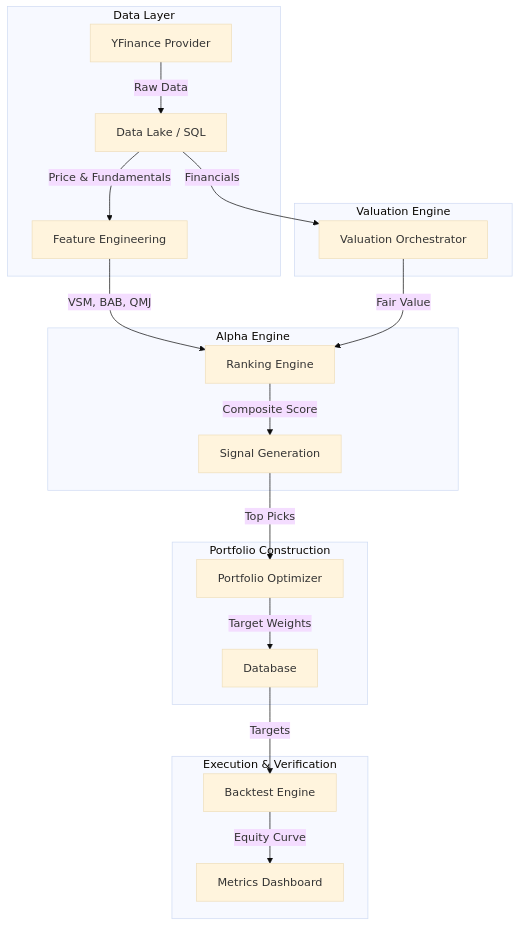
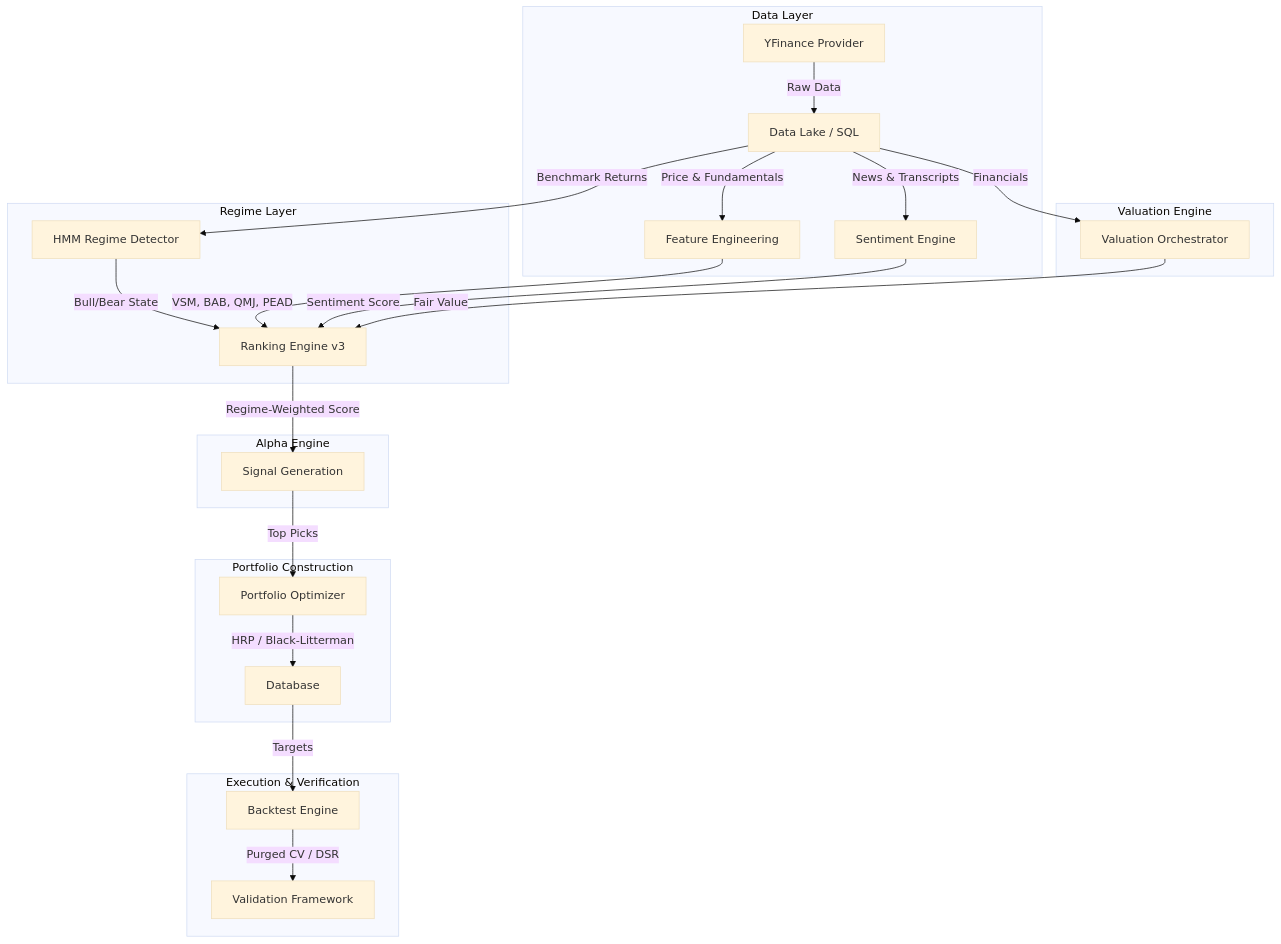
Before and after one commit to willychang21/alpha_quant: the diagram in backend/README.md, drawn with Mermaid (base theme). The commit also changed other lines of this file and 28 other files, not shown here.

````diff
--- a/backend/README.md
+++ b/backend/README.md
@@ -11,27 +11,34 @@
 ```mermaid
 graph TD
     subgraph Data Layer
         YF[YFinance Provider] -->|Raw Data| DL[Data Lake / SQL]
         DL -->|Price & Fundamentals| FE[Feature Engineering]
+        DL -->|News & Transcripts| NLP[Sentiment Engine]
+    end
+
+    subgraph Regime Layer
+        DL -->|Benchmark Returns| HMM[HMM Regime Detector]
+        HMM -->|Bull/Bear State| RE
     end
 
     subgraph Alpha Engine
-        FE -->|VSM, BAB, QMJ| RE[Ranking Engine]
-        RE -->|Composite Score| SG[Signal Generation]
+        FE -->|VSM, BAB, QMJ, PEAD| RE[Ranking Engine v3]
+        NLP -->|Sentiment Score| RE
+        RE -->|Regime-Weighted Score| SG[Signal Generation]
     end
 
     subgraph Valuation Engine
         DL -->|Financials| VO[Valuation Orchestrator]
         VO -->|Fair Value| RE
     end
 
     subgraph Portfolio Construction
         SG -->|Top Picks| PO[Portfolio Optimizer]
-        PO -->|Target Weights| DB[Database]
+        PO -->|HRP / Black-Litterman| DB[Database]
     end
 
     subgraph Execution & Verification
         DB -->|Targets| BE[Backtest Engine]
-        BE -->|Equity Curve| MD[Metrics Dashboard]
+        BE -->|Purged CV / DSR| VF[Validation Framework]
     end
 ```
````
